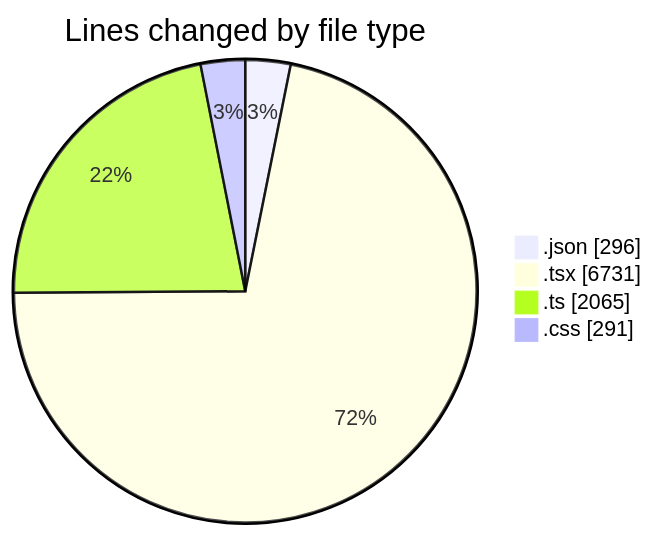
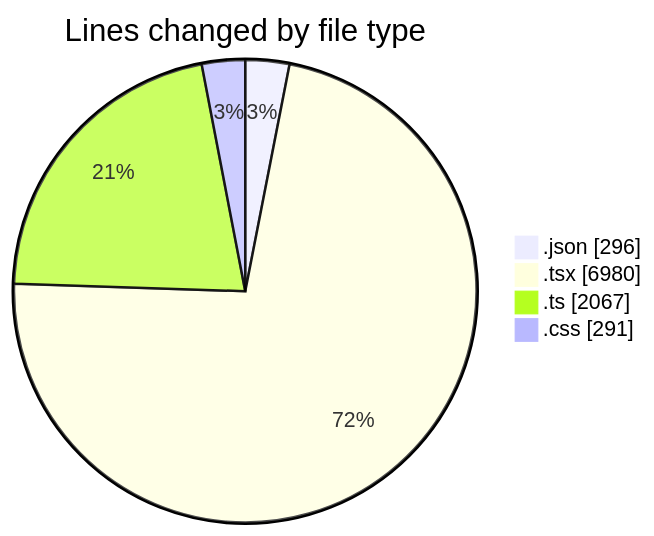
Before and after one commit to julien-gomy/code-tracking: the first of 2 diagrams in 2025-10-07/eventscop-frontend-guide__workspace_/README.md, drawn with Mermaid. The commit also changed other lines of this file and 1 other file, not shown here.

````diff
--- a/2025-10-07/eventscop-frontend-guide__workspace_/README.md
+++ b/2025-10-07/eventscop-frontend-guide__workspace_/README.md
@@ -73,8 +74,8 @@
 ```mermaid
 pie showData
 title Lines changed by file type
 ".json" : 296
-".tsx" : 6731
-".ts" : 2065
+".tsx" : 6980
+".ts" : 2067
 ".css" : 291
 ```
````
